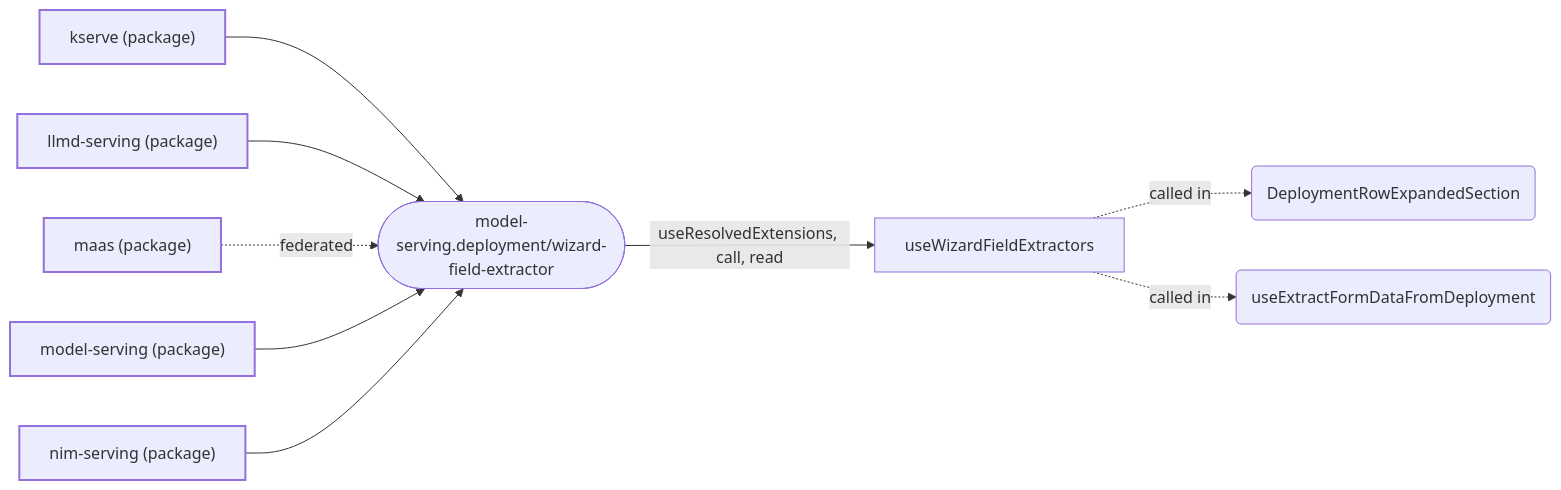
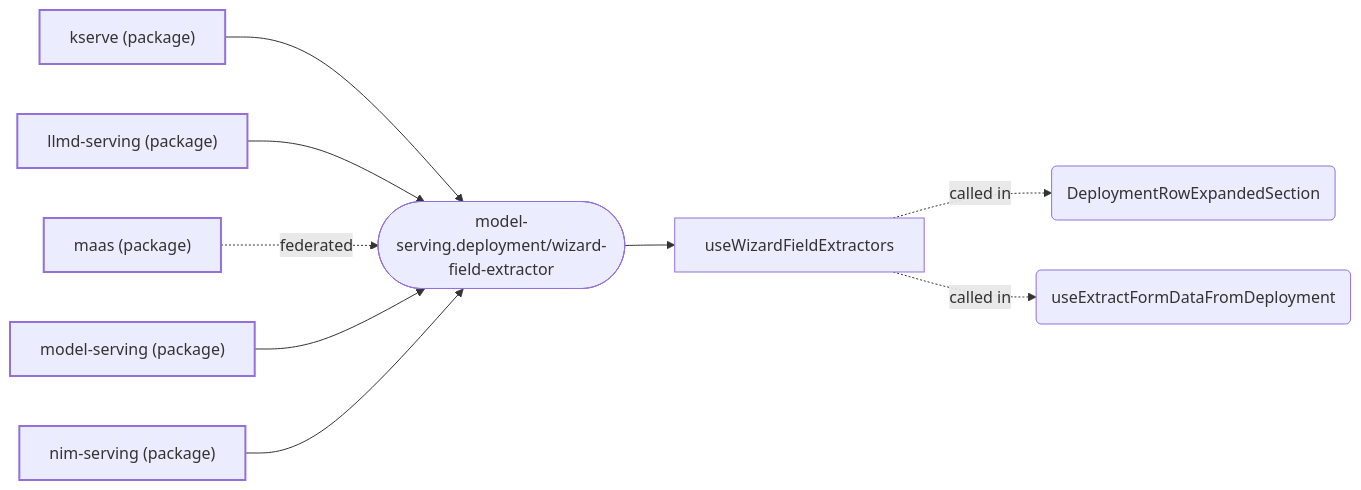
One commit to mturley/odh-dashboard changed the ninth of 19 diagrams in packages/model-serving/docs/extensions.md. Above: the diagram before and after it, drawn with Mermaid. The commit also changed other lines of this file and 28 other files, not shown here.

````diff
--- a/packages/model-serving/docs/extensions.md
+++ b/packages/model-serving/docs/extensions.md
@@ -580,22 +668,22 @@
 ```mermaid
 flowchart LR
   classDef pkg stroke-width:2px
   classDef point stroke-width:1px
   n_pkg__odh_dashboard_kserve_5ec96a["kserve (package)"]:::pkg
   n_pkg__odh_dashboard_llmd_serving_3e146e["llmd-serving (package)"]:::pkg
   n_pkg__odh_dashboard_maas_87d494["maas (package)"]:::pkg
   n_pkg__odh_dashboard_model_serving_d0bfea["model-serving (package)"]:::pkg
   n_pkg__odh_dashboard_nim_serving_241793["nim-serving (package)"]:::pkg
   n_model_serving_deployment_wizard_field_extractor_877f9e(["model-serving.deployment/wizard-field-extractor"]):::point
   n_pkg__odh_dashboard_kserve_5ec96a --> n_model_serving_deployment_wizard_field_extractor_877f9e
   n_pkg__odh_dashboard_llmd_serving_3e146e --> n_model_serving_deployment_wizard_field_extractor_877f9e
   n_pkg__odh_dashboard_maas_87d494 -. "federated" .-> n_model_serving_deployment_wizard_field_extractor_877f9e
   n_pkg__odh_dashboard_model_serving_d0bfea --> n_model_serving_deployment_wizard_field_extractor_877f9e
   n_pkg__odh_dashboard_nim_serving_241793 --> n_model_serving_deployment_wizard_field_extractor_877f9e
   n_symbol_packages_model_serving_src_components_deploymentWizard_useWizardFieldExtractors_ts_useWizardFieldExtractors_c4309d["useWizardFieldExtractors"]
-  n_model_serving_deployment_wizard_field_extractor_877f9e -- "useResolvedExtensions, call, read" --> n_symbol_packages_model_serving_src_components_deploymentWizard_useWizardFieldExtractors_ts_useWizardFieldExtractors_c4309d
+  n_model_serving_deployment_wizard_field_extractor_877f9e --> n_symbol_packages_model_serving_src_components_deploymentWizard_useWizardFieldExtractors_ts_useWizardFieldExtractors_c4309d
   n_symbol_packages_model_serving_src_components_deployments_row_DeploymentsTableRowExpandedSection_tsx_DeploymentRowExpandedSection_4c2ced("DeploymentRowExpandedSection")
   n_symbol_packages_model_serving_src_components_deploymentWizard_useExtractFormDataFromDeployment_ts_useExtractFormDataFromDeployment_701711("useExtractFormDataFromDeployment")
   n_symbol_packages_model_serving_src_components_deploymentWizard_useWizardFieldExtractors_ts_useWizardFieldExtractors_c4309d -. "called in" .-> n_symbol_packages_model_serving_src_components_deployments_row_DeploymentsTableRowExpandedSection_tsx_DeploymentRowExpandedSection_4c2ced
   n_symbol_packages_model_serving_src_components_deploymentWizard_useWizardFieldExtractors_ts_useWizardFieldExtractors_c4309d -. "called in" .-> n_symbol_packages_model_serving_src_components_deploymentWizard_useExtractFormDataFromDeployment_ts_useExtractFormDataFromDeployment_701711
 ```
````
